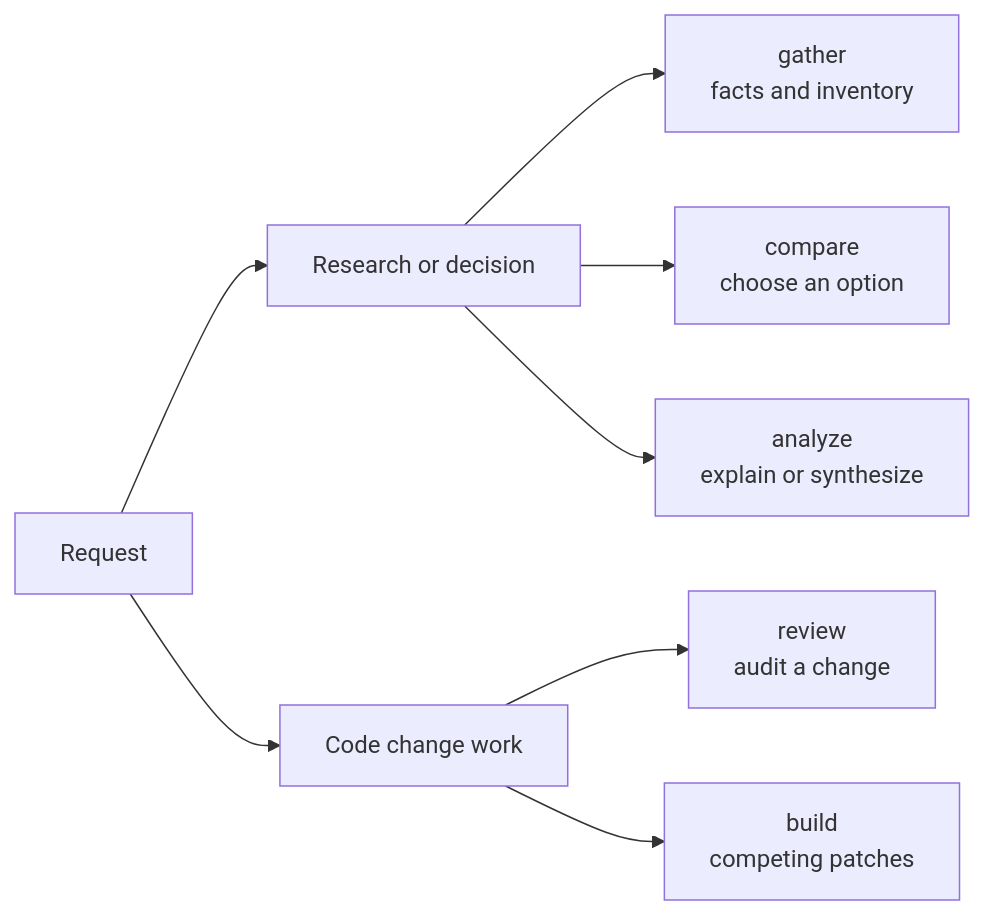
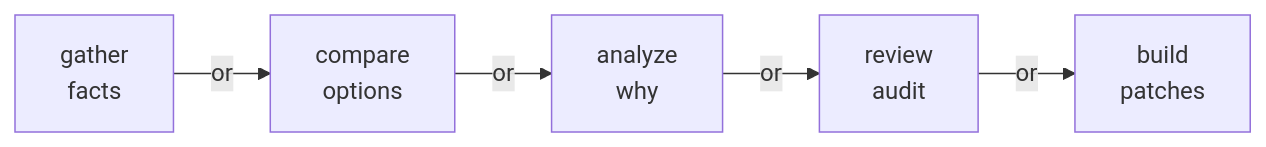
One commit to mstefanko/claude-plugins changed the first of 3 diagrams in bakeoff/README.md. Above: the diagram before and after it, drawn with Mermaid. The commit also changed other lines of this file and 5 other files, not shown here.

````diff
--- a/bakeoff/README.md
+++ b/bakeoff/README.md
@@ -17,10 +17,4 @@
 ```mermaid
 flowchart LR
-    REQ[Request] --> RESEARCH[Research or decision]
-    REQ --> CODE[Code change work]
-    RESEARCH --> GATHER[gather<br/>facts and inventory]
-    RESEARCH --> COMPARE[compare<br/>choose an option]
-    RESEARCH --> ANALYZE[analyze<br/>explain or synthesize]
-    CODE --> REVIEW[review<br/>audit a change]
-    CODE --> BUILD[build<br/>competing patches]
+    GATHER[gather<br/>facts] -- or --> COMPARE[compare<br/>options] -- or --> ANALYZE[analyze<br/>why] -- or --> REVIEW[review<br/>audit] -- or --> BUILD[build<br/>patches]
 ```
````
